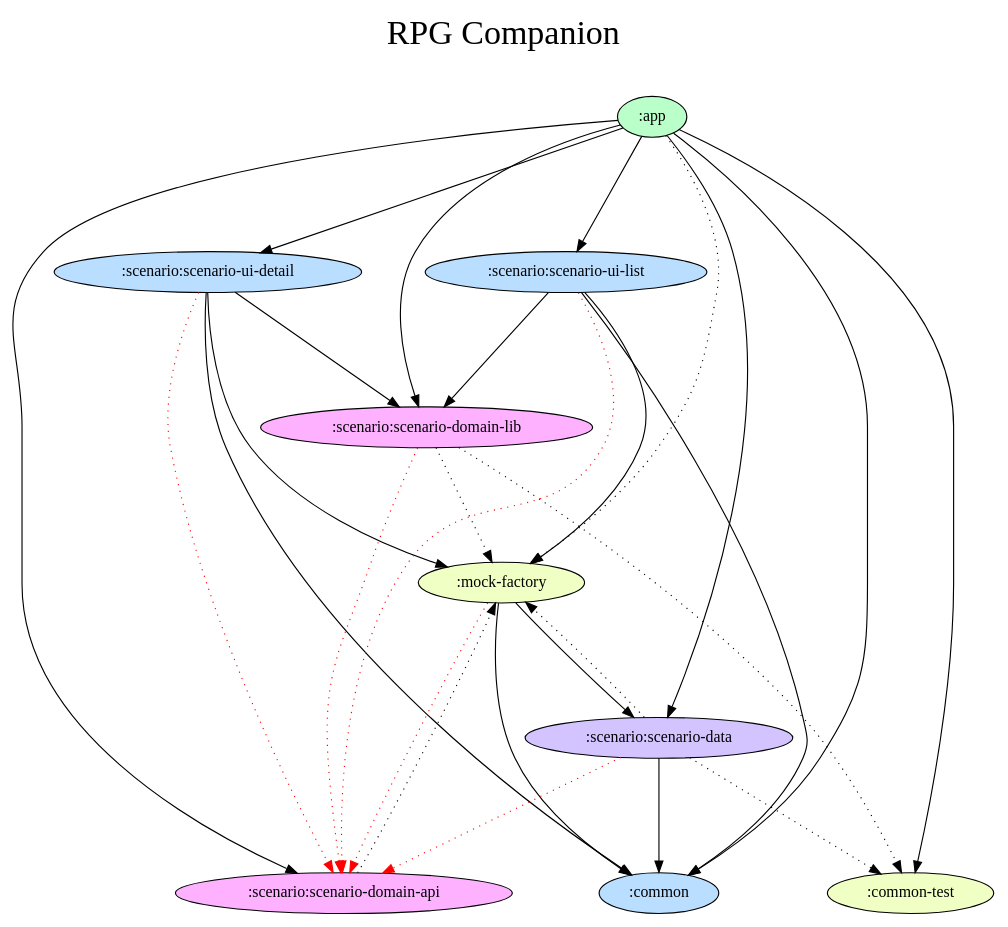
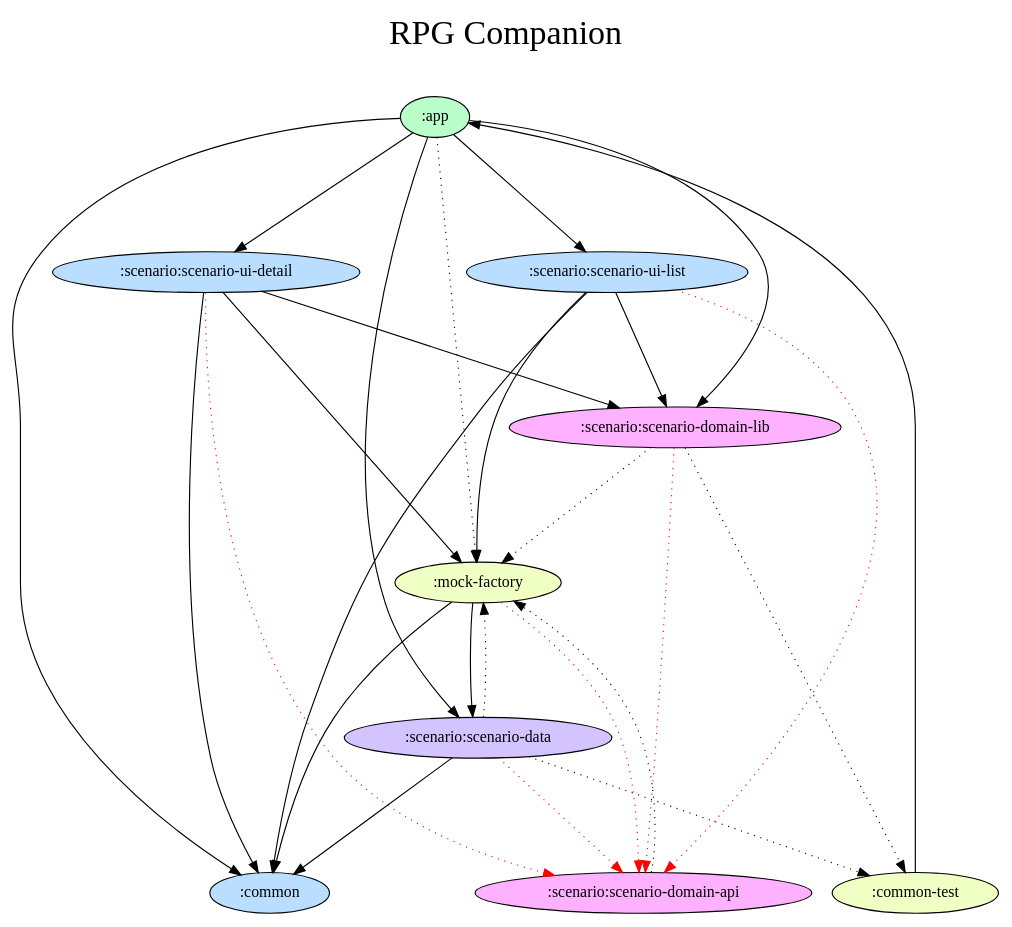
One commit to florentin-v/android-rpg-companion changed the diagram in docs/dependency-graph/project.dot. Above: the diagram before and after it, drawn with Graphviz. The commit also changed 3 other files, not shown here.

```diff
--- a/docs/dependency-graph/project.dot
+++ b/docs/dependency-graph/project.dot
@@ -1,49 +1,48 @@
 digraph {
   graph [label="RPG Companion\n ",labelloc=t,fontsize=30,ranksep=1.4];
   node [style=filled, fillcolor="#bbbbbb"];
   rankdir=TB;
 
   # Projects
 
   ":app" [fillcolor="#baffc9"];
   ":common" [fillcolor="#badeff"];
   ":common-test" [fillcolor="#f0ffc4"];
   ":mock-factory" [fillcolor="#f0ffc4"];
   ":scenario:scenario-data" [fillcolor="#d3c4ff"];
   ":scenario:scenario-domain-api" [fillcolor="#fdb1ff"];
   ":scenario:scenario-domain-lib" [fillcolor="#fdb1ff"];
   ":scenario:scenario-ui-detail" [fillcolor="#badeff"];
   ":scenario:scenario-ui-list" [fillcolor="#badeff"];
 
   {rank = same;}
 
   # Dependencies
 
-  ":app" -> ":common" [style=filled, style=filled]
-  ":app" -> ":scenario:scenario-data" [style=filled, style=filled]
-  ":app" -> ":scenario:scenario-domain-lib" [style=filled, style=filled]
-  ":app" -> ":scenario:scenario-ui-detail" [style=filled, style=filled]
-  ":app" -> ":scenario:scenario-ui-list" [style=filled, style=filled]
-  ":app" -> ":common-test" [style=filled]
-  ":app" -> ":scenario:scenario-domain-api" [style=filled]
+  ":app" -> ":common" [style=filled]
+  ":app" -> ":scenario:scenario-data" [style=filled]
+  ":app" -> ":scenario:scenario-domain-lib" [style=filled]
+  ":app" -> ":scenario:scenario-ui-detail" [style=filled]
+  ":app" -> ":scenario:scenario-ui-list" [style=filled]
   ":app" -> ":mock-factory" [style=dotted]
+  ":common-test" -> ":app" [style=filled]
   ":mock-factory" -> ":scenario:scenario-domain-api" [color=red,style=dotted]
   ":mock-factory" -> ":common" [style=filled]
   ":mock-factory" -> ":scenario:scenario-data" [style=filled]
   ":scenario:scenario-domain-api" -> ":mock-factory" [style=dotted]
   ":scenario:scenario-ui-list" -> ":scenario:scenario-domain-api" [color=red,style=dotted]
   ":scenario:scenario-ui-list" -> ":common" [style=filled]
   ":scenario:scenario-ui-list" -> ":mock-factory" [style=filled]
   ":scenario:scenario-ui-list" -> ":scenario:scenario-domain-lib" [style=filled]
   ":scenario:scenario-domain-lib" -> ":scenario:scenario-domain-api" [color=red,style=dotted]
   ":scenario:scenario-domain-lib" -> ":mock-factory" [style=dotted]
   ":scenario:scenario-domain-lib" -> ":common-test" [style=dotted]
   ":scenario:scenario-data" -> ":scenario:scenario-domain-api" [color=red,style=dotted]
   ":scenario:scenario-data" -> ":common" [style=filled]
   ":scenario:scenario-data" -> ":mock-factory" [style=dotted]
   ":scenario:scenario-data" -> ":common-test" [style=dotted]
   ":scenario:scenario-ui-detail" -> ":scenario:scenario-domain-api" [color=red,style=dotted]
   ":scenario:scenario-ui-detail" -> ":common" [style=filled]
   ":scenario:scenario-ui-detail" -> ":mock-factory" [style=filled]
   ":scenario:scenario-ui-detail" -> ":scenario:scenario-domain-lib" [style=filled]
 }
```
